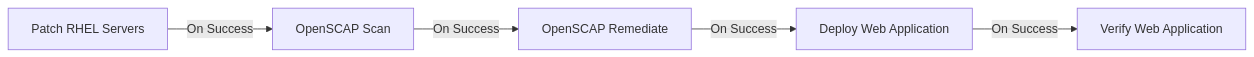
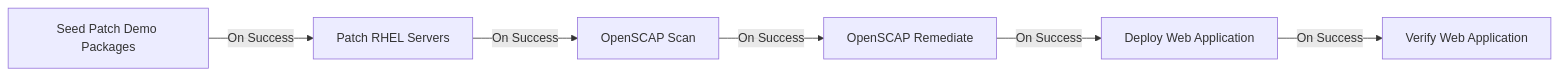
One commit to ronamalka/ansible_for_rhel changed the diagram in controller/workflow-setup.md. Above: the diagram before and after it, drawn with Mermaid. The commit also changed other lines of this file and 15 other files, not shown here.

First line of the commit message:
Add automated patch demo seeding via demo_patch_seed role.

````diff
--- a/controller/workflow-setup.md
+++ b/controller/workflow-setup.md
@@ -11,7 +11,8 @@
 ```mermaid
 flowchart LR
-    A[Patch RHEL Servers] -->|On Success| B[OpenSCAP Scan]
+    S[Seed Patch Demo Packages] -->|On Success| A[Patch RHEL Servers]
+    A -->|On Success| B[OpenSCAP Scan]
     B -->|On Success| C[OpenSCAP Remediate]
     C -->|On Success| D[Deploy Web Application]
     D -->|On Success| E[Verify Web Application]
 ```
````
